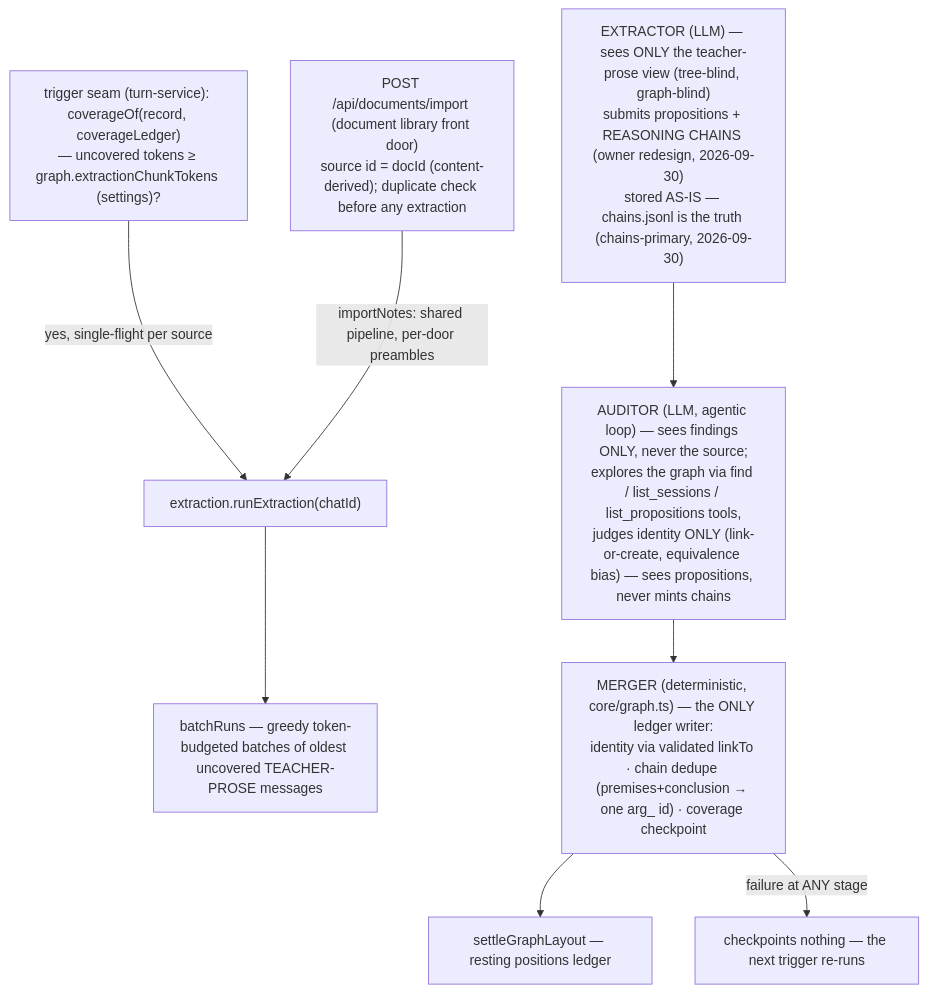
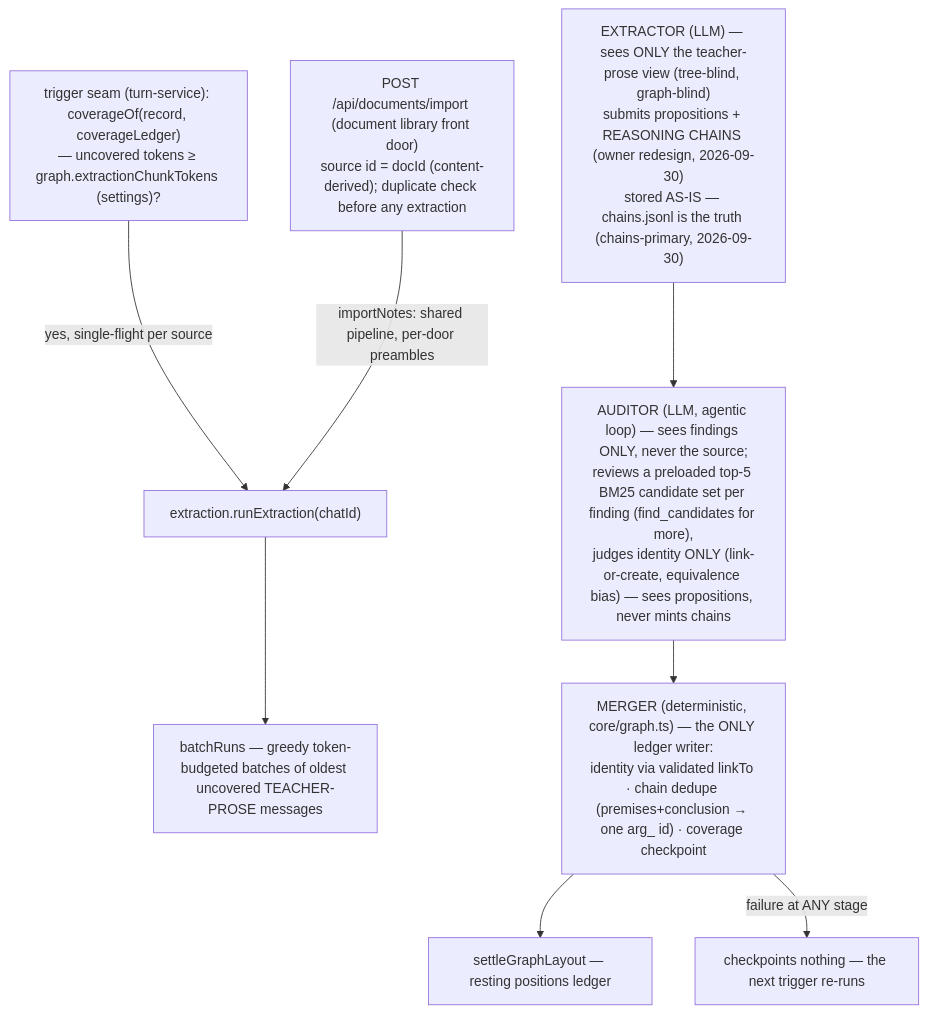
Before and after one commit to VileEnd/learnharness: the sixth of 7 diagrams in docs/architecture.md, drawn with Mermaid. The commit also changed other lines of this file and 16 other files, not shown here.

````diff
--- a/docs/architecture.md
+++ b/docs/architecture.md
@@ -406,11 +406,11 @@
 ```mermaid
 flowchart TB
     TRIG["trigger seam (turn-service): coverageOf(record, coverageLedger)<br/>— uncovered tokens ≥ graph.extractionChunkTokens (settings)?"] -->|"yes, single-flight per source"| RUN["extraction.runExtraction(chatId)"]
     IMPORT["POST /api/documents/import (document library front door)<br/>source id = docId (content-derived); duplicate check before any extraction"] -->|"importNotes: shared pipeline, per-door preambles"| RUN
     RUN --> BATCH["batchRuns — greedy token-budgeted batches of oldest uncovered TEACHER-PROSE messages"]
     EXT["EXTRACTOR (LLM) — sees ONLY the teacher-prose view (tree-blind, graph-blind)<br/>submits propositions + REASONING CHAINS (owner redesign, 2026-09-30)<br/>stored AS-IS — chains.jsonl is the truth (chains-primary, 2026-09-30)"]
-    EXT --> AUD["AUDITOR (LLM, agentic loop) — sees findings ONLY, never the source;<br/>explores the graph via find / list_sessions / list_propositions tools,<br/>judges identity ONLY (link-or-create, equivalence bias) — sees propositions, never mints chains"]
+    EXT --> AUD["AUDITOR (LLM, agentic loop) — sees findings ONLY, never the source;<br/>reviews a preloaded top-5 BM25 candidate set per finding (find_candidates for more),<br/>judges identity ONLY (link-or-create, equivalence bias) — sees propositions, never mints chains"]
     AUD --> MERGE["MERGER (deterministic, core/graph.ts) — the ONLY ledger writer:<br/>identity via validated linkTo · chain dedupe (premises+conclusion → one arg_ id) · coverage checkpoint"]
     MERGE --> SETTLE["settleGraphLayout — resting positions ledger"]
     MERGE -->|"failure at ANY stage"| NOTHING["checkpoints nothing — the next trigger re-runs"]
 ```
````
